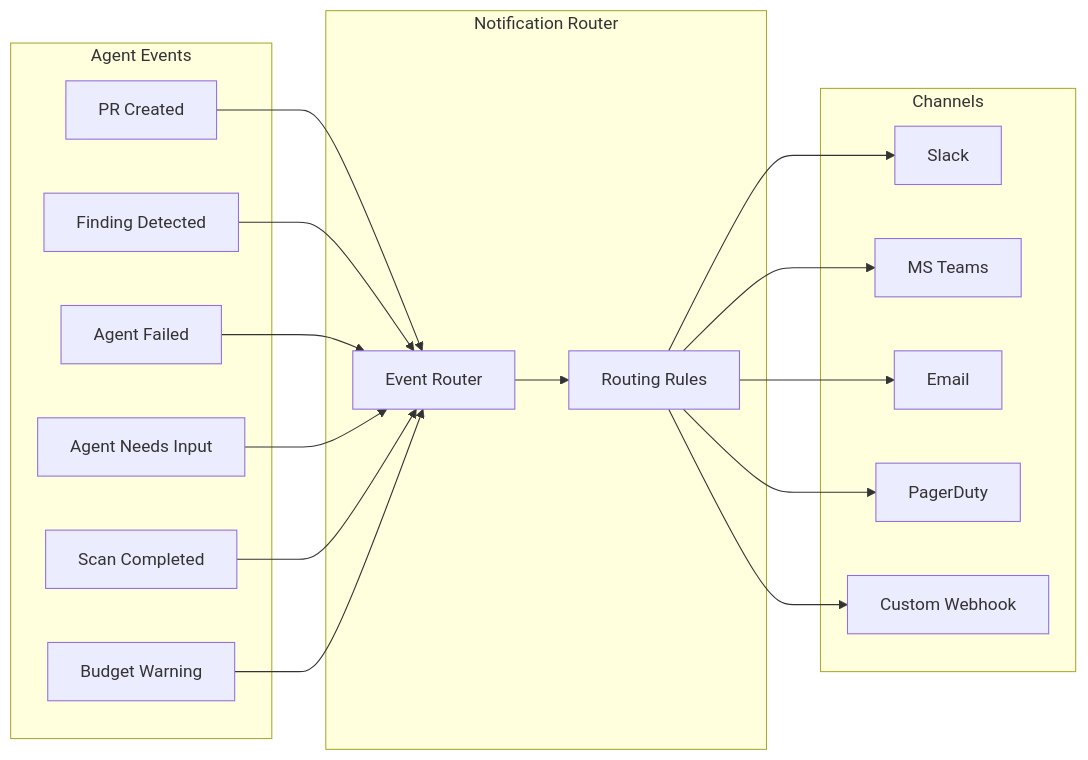
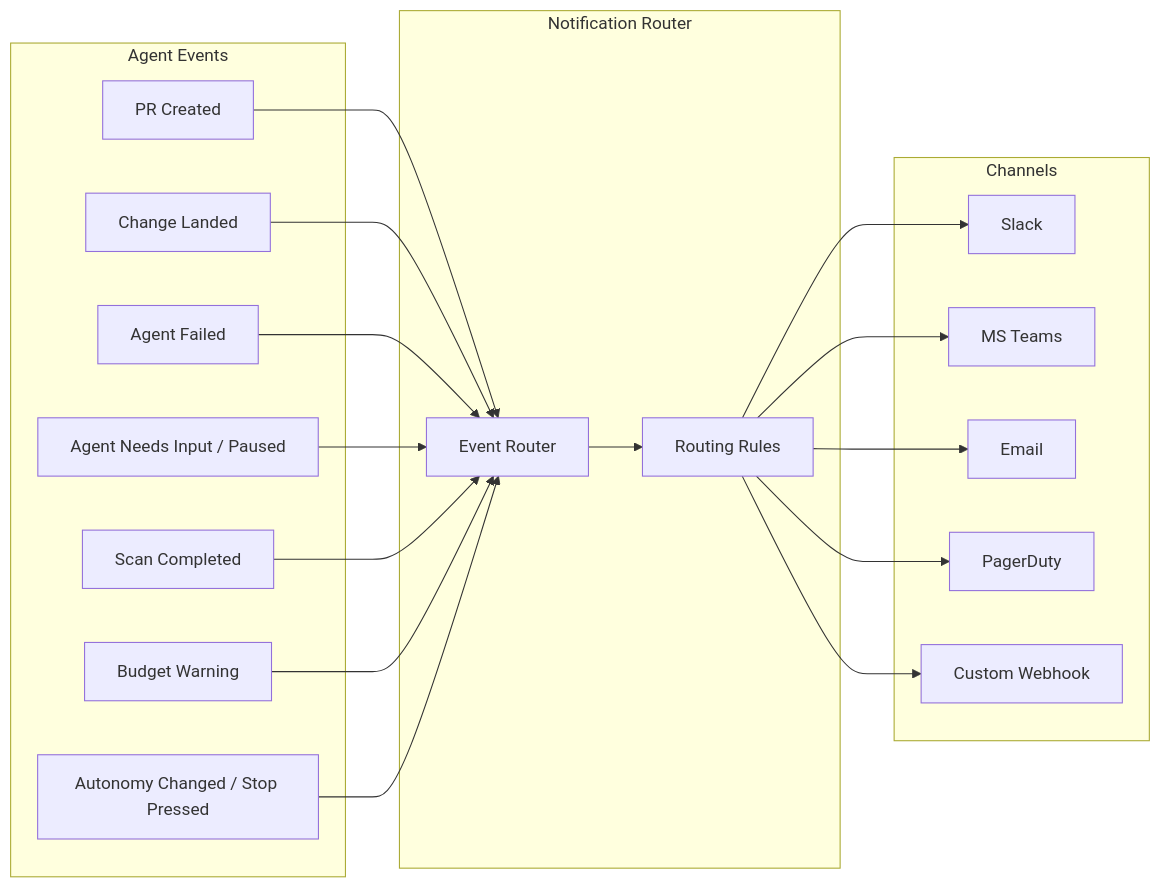
One commit to Cloudgeni-ai/infrastructure-agents-guide changed the second of 2 diagrams in 10-autonomy-notifications.md. Above: the diagram before and after it, drawn with Mermaid. The commit also changed other lines of this file and 13 other files, not shown here.

````diff
--- a/10-autonomy-notifications.md
+++ b/10-autonomy-notifications.md
@@ -227,29 +354,31 @@
 ```mermaid
 graph LR
     subgraph "Agent Events"
         E1[PR Created]
-        E2[Finding Detected]
+        E2[Change Landed]
         E3[Agent Failed]
-        E4[Agent Needs Input]
+        E4[Agent Needs Input / Paused]
         E5[Scan Completed]
         E6[Budget Warning]
+        E7[Autonomy Changed / Stop Pressed]
     end
 
     subgraph "Notification Router"
         E1 --> ROUTER[Event Router]
         E2 --> ROUTER
         E3 --> ROUTER
         E4 --> ROUTER
         E5 --> ROUTER
         E6 --> ROUTER
+        E7 --> ROUTER
         ROUTER --> RULES[Routing Rules]
     end
 
     subgraph "Channels"
         RULES --> SLACK[Slack]
         RULES --> TEAMS[MS Teams]
         RULES --> EMAIL[Email]
         RULES --> PD[PagerDuty]
         RULES --> WEBHOOK[Custom Webhook]
     end
 ```
````
